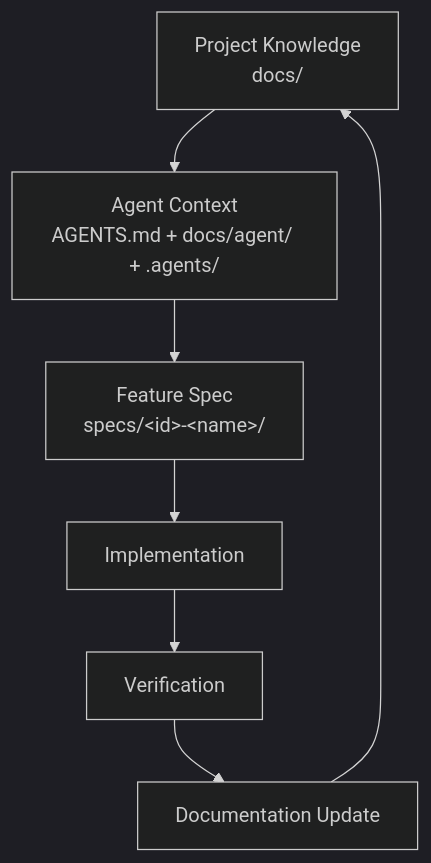
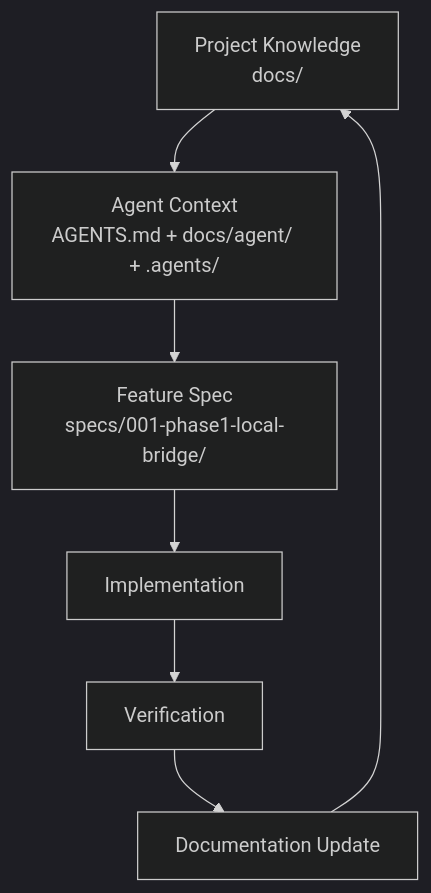
Before and after one commit to cherrchen/swufe-webvpn-codec: the diagram in README.en.md, drawn with Mermaid (dark theme). The commit also changed other lines of this file and 131 other files, not shown here.

First line of the commit message:
docs: initialize project knowledge and Phase 1 spec from SWUFE-WebVPN-Bridge docs v1.0

````diff
--- a/README.en.md
+++ b/README.en.md
@@ -44,9 +51,9 @@
 ```mermaid
 flowchart TD
     A["Project Knowledge<br/>docs/"] --> B["Agent Context<br/>AGENTS.md + docs/agent/ + .agents/"]
-    B --> C["Feature Spec<br/>specs/&lt;id&gt;-&lt;name&gt;/"]
+    B --> C["Feature Spec<br/>specs/001-phase1-local-bridge/"]
     C --> D["Implementation"]
     D --> E["Verification"]
     E --> F["Documentation Update"]
     F --> A
 ```
````
